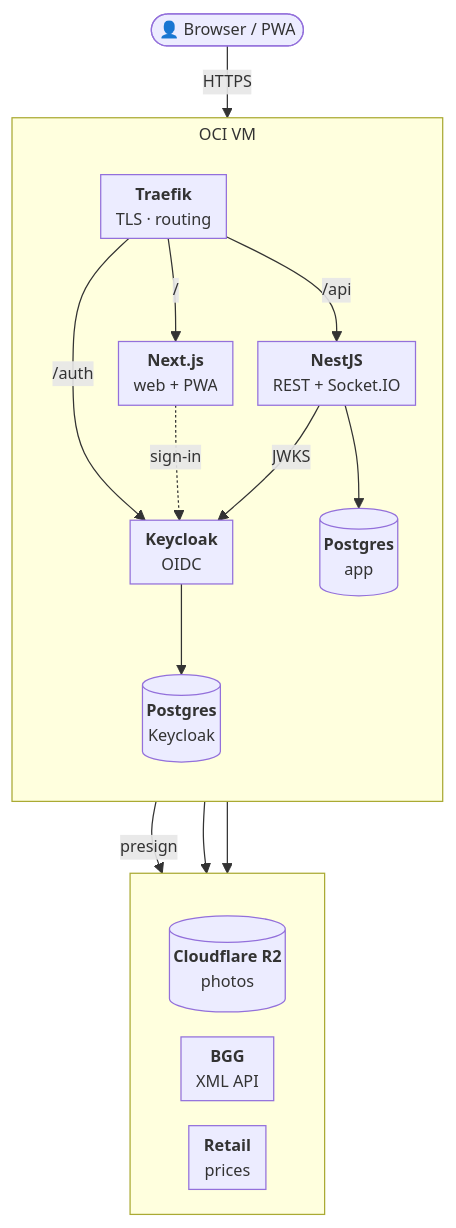
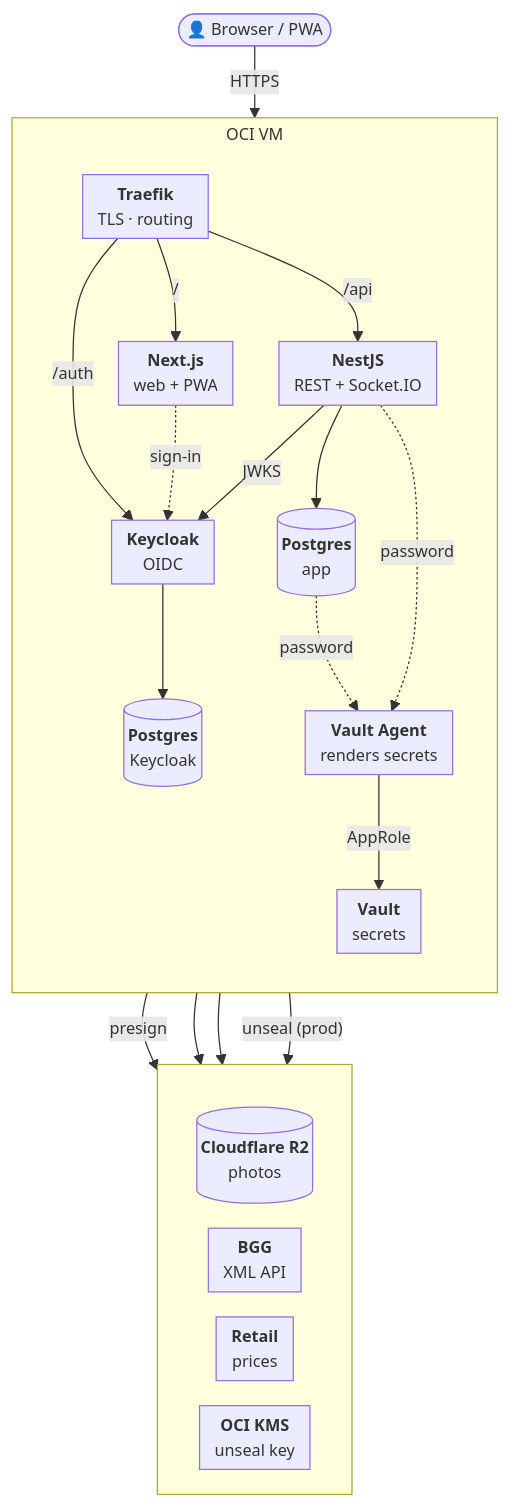
One commit to socah/bggg changed the first of 2 diagrams in README.md. Above: the diagram before and after it, drawn with Mermaid. The commit also changed other lines of this file, not shown here.

First line of the commit message:
Merge runtime and secrets diagrams in README

````diff
--- a/README.md
+++ b/README.md
@@ -52,50 +50,58 @@
 ```mermaid
 ---
 config:
   flowchart:
     nodeSpacing: 20
     rankSpacing: 38
     padding: 6
     subGraphTitleMargin:
       top: 4
       bottom: 10
   themeVariables:
     fontSize: 13px
 ---
 flowchart TB
     user(["👤 Browser / PWA"])
 
     subgraph vm["OCI VM"]
         direction TB
         traefik["<b>Traefik</b><br/>TLS · routing"]
         web["<b>Next.js</b><br/>web + PWA"]
         api["<b>NestJS</b><br/>REST + Socket.IO"]
         keycloak["<b>Keycloak</b><br/>OIDC"]
         db[("<b>Postgres</b><br/>app")]
         kcdb[("<b>Postgres</b><br/>Keycloak")]
+        agent["<b>Vault Agent</b><br/>renders secrets"]
+        vault["<b>Vault</b><br/>secrets"]
     end
 
     %% External services (untitled box keeps them on one bottom row)
     subgraph ext[" "]
         direction LR
         r2[("<b>Cloudflare R2</b><br/>photos")]
         bgg["<b>BGG</b><br/>XML API"]
         prices["<b>Retail</b><br/>prices"]
+        kms["<b>OCI KMS</b><br/>unseal key"]
     end
 
     user -->|HTTPS| traefik
     traefik -->|"/"| web
     traefik -->|"/api"| api
     traefik -->|"/auth"| keycloak
     web -.->|sign-in| keycloak
     api -->|JWKS| keycloak
     api --> db
     keycloak --> kcdb
     api -->|presign| r2
     api --> bgg
     api --> prices
 
+    db -.->|password| agent
+    api -.->|password| agent
+    agent -->|AppRole| vault
+    vault -->|"unseal (prod)"| kms
+
     %% Invisible links: keep external services as a bottom row
     db ~~~ bgg
     kcdb ~~~ prices
 ```
````
